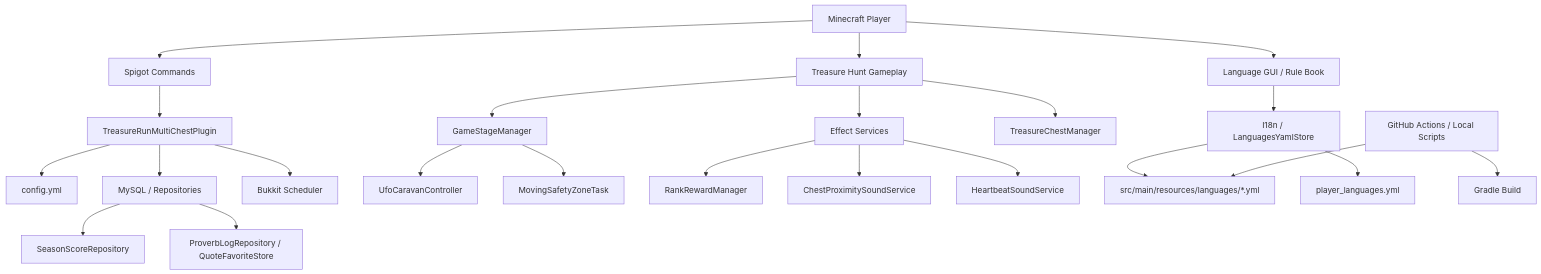
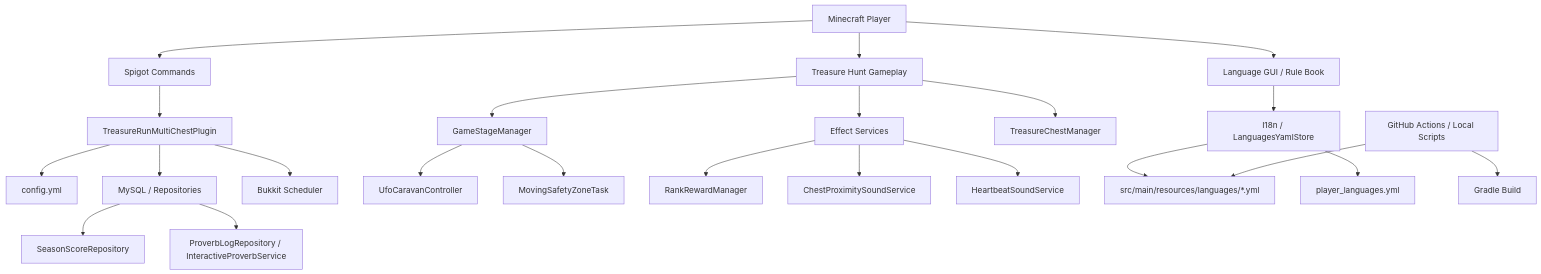
The diagram in docs/ARCHITECTURE.md (flowmari/TreasureRun), drawn with Mermaid before and after one commit. The commit also changed other lines of this file and 14 other files, not shown here.

Commit message:
fix(db): contain interactive proverb JDBC failures

````diff
--- a/docs/ARCHITECTURE.md
+++ b/docs/ARCHITECTURE.md
@@ -9,32 +9,32 @@
 ```mermaid
 flowchart TD
     Player[Minecraft Player] --> Commands[Spigot Commands]
     Player --> GUI[Language GUI / Rule Book]
     Player --> Gameplay[Treasure Hunt Gameplay]
 
     Commands --> Main[TreasureRunMultiChestPlugin]
     GUI --> I18N[I18n / LanguagesYamlStore]
     Gameplay --> Stage[GameStageManager]
     Gameplay --> Chest[TreasureChestManager]
     Gameplay --> Effects[Effect Services]
 
     Main --> Config[config.yml]
     Main --> DB[MySQL / Repositories]
     Main --> Scheduler[Bukkit Scheduler]
 
     Stage --> UFO[UfoCaravanController]
     Stage --> Safety[MovingSafetyZoneTask]
 
     Effects --> Rank[RankRewardManager]
     Effects --> Sound[ChestProximitySoundService]
     Effects --> Heartbeat[HeartbeatSoundService]
 
     DB --> Scores[SeasonScoreRepository]
-    DB --> Quotes[ProverbLogRepository / QuoteFavoriteStore]
+    DB --> Quotes[ProverbLogRepository / InteractiveProverbService]
 
     I18N --> LangFiles[src/main/resources/languages/*.yml]
     I18N --> PlayerLang[player_languages.yml]
 
     CI[GitHub Actions / Local Scripts] --> Build[Gradle Build]
     CI --> LangFiles
 ```
````
